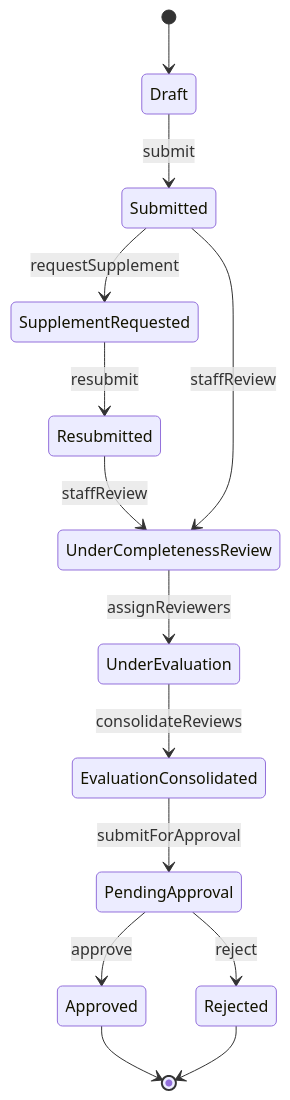
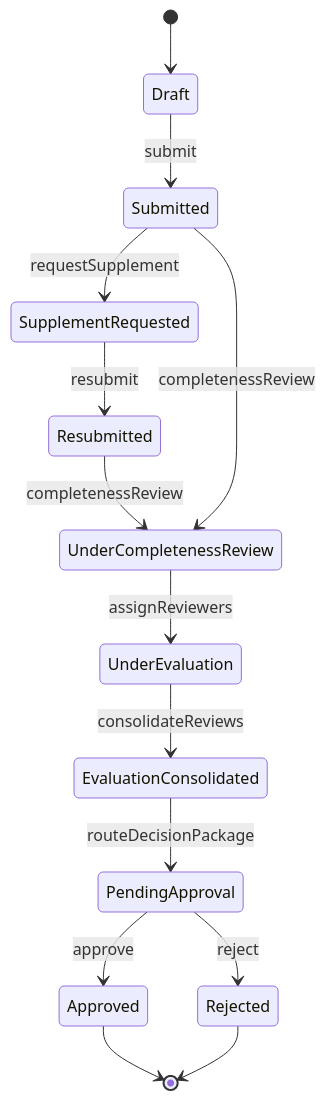
The first of 7 diagrams in _bmad-output/architecture.md (thanhdotien278/DocManS), drawn with Mermaid before and after one commit. The commit also changed other lines of this file and 42 other files, not shown here.

````diff
--- a/_bmad-output/architecture.md
+++ b/_bmad-output/architecture.md
@@ -806,16 +855,16 @@
 ```mermaid
 stateDiagram-v2
     [*] --> Draft
     Draft --> Submitted: submit
     Submitted --> SupplementRequested: requestSupplement
     SupplementRequested --> Resubmitted: resubmit
-    Resubmitted --> UnderCompletenessReview: staffReview
-    Submitted --> UnderCompletenessReview: staffReview
+    Resubmitted --> UnderCompletenessReview: completenessReview
+    Submitted --> UnderCompletenessReview: completenessReview
     UnderCompletenessReview --> UnderEvaluation: assignReviewers
     UnderEvaluation --> EvaluationConsolidated: consolidateReviews
-    EvaluationConsolidated --> PendingApproval: submitForApproval
+    EvaluationConsolidated --> PendingApproval: routeDecisionPackage
     PendingApproval --> Approved: approve
     PendingApproval --> Rejected: reject
     Approved --> [*]
     Rejected --> [*]
 ```
````
